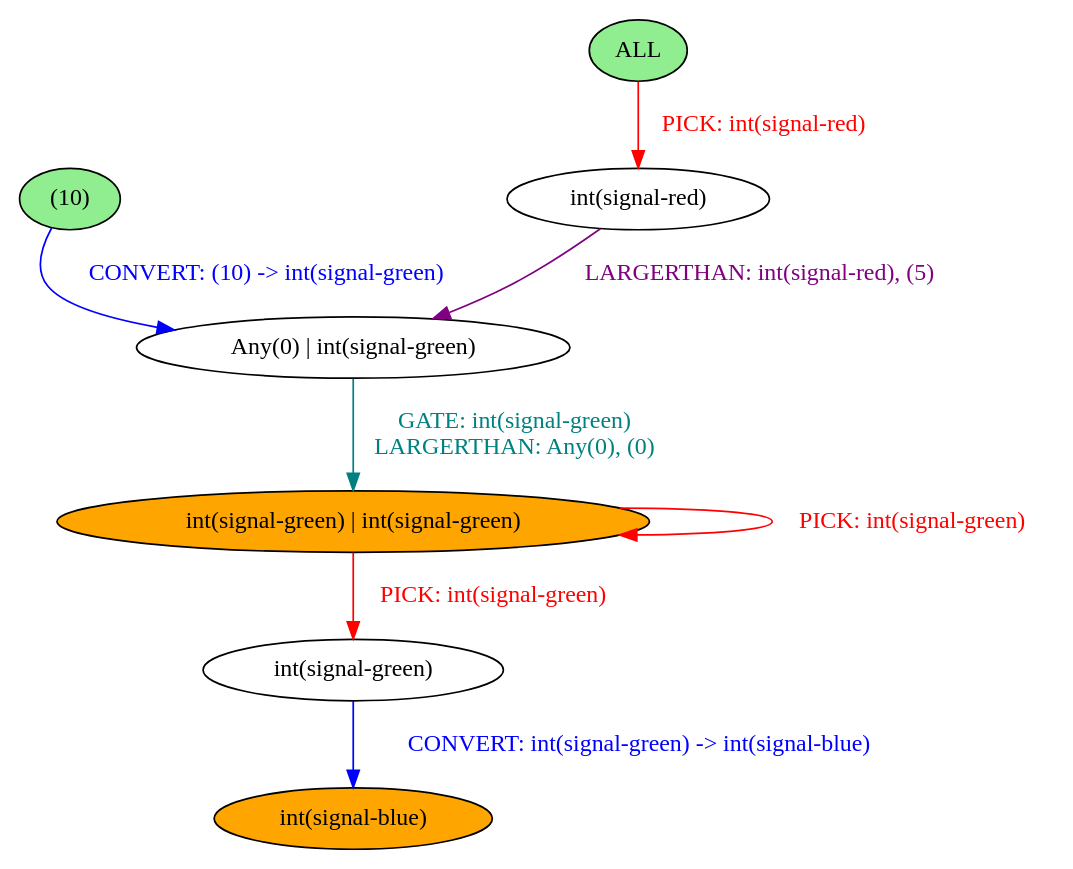
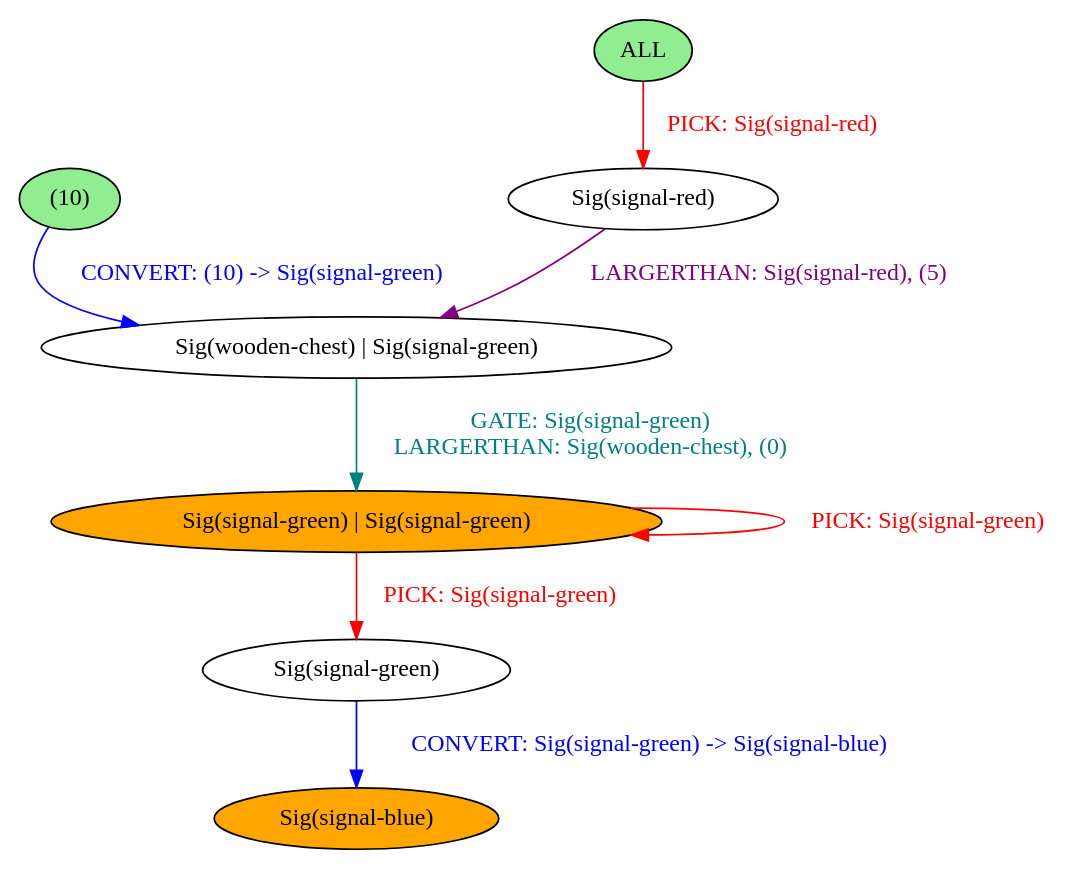
Before and after one commit to BalderHolst/chef: the diagram in chef/example_outputs/when.dot, drawn with Graphviz. The commit also changed other lines of this file and 15 other files, not shown here.

```diff
--- a/chef/example_outputs/when.dot
+++ b/chef/example_outputs/when.dot
@@ -1,18 +1,18 @@
 strict digraph {
 	nodesep=1
-	4	[style=filled fillcolor=white label="int(signal-red)"]
-	7	[style=filled fillcolor=white label="Any(0) | int(signal-green)"]
+	4	[style=filled fillcolor=white label="Sig(signal-red)"]
+	7	[style=filled fillcolor=white label="Sig(wooden-chest) | Sig(signal-green)"]
 	6	[style=filled fillcolor=lightgreen label="(10)"]
-	1	[style=filled fillcolor=orange label="int(signal-green) | int(signal-green)"]
+	1	[style=filled fillcolor=orange label="Sig(signal-green) | Sig(signal-green)"]
 	0	[style=filled fillcolor=lightgreen label="ALL"]
-	9	[style=filled fillcolor=orange label="int(signal-blue)"]
-	8	[style=filled fillcolor=white label="int(signal-green)"]
-	4 -> 7	[label="LARGERTHAN: int(signal-red), (5)" color=purple fontcolor=purple]
-	7 -> 1	[label="GATE: int(signal-green)
-LARGERTHAN: Any(0), (0)" color=teal fontcolor=teal]
-	6 -> 7	[label="CONVERT: (10) -> int(signal-green)" color=blue fontcolor=blue]
-	1 -> 1	[label="PICK: int(signal-green)" color=red fontcolor=red]
-	1 -> 8	[label="PICK: int(signal-green)" color=red fontcolor=red]
-	0 -> 4	[label="PICK: int(signal-red)" color=red fontcolor=red]
-	8 -> 9	[label="CONVERT: int(signal-green) -> int(signal-blue)" color=blue fontcolor=blue]
+	9	[style=filled fillcolor=orange label="Sig(signal-blue)"]
+	8	[style=filled fillcolor=white label="Sig(signal-green)"]
+	4 -> 7	[label="LARGERTHAN: Sig(signal-red), (5)" color=purple fontcolor=purple]
+	7 -> 1	[label="GATE: Sig(signal-green)
+LARGERTHAN: Sig(wooden-chest), (0)" color=teal fontcolor=teal]
+	6 -> 7	[label="CONVERT: (10) -> Sig(signal-green)" color=blue fontcolor=blue]
+	1 -> 1	[label="PICK: Sig(signal-green)" color=red fontcolor=red]
+	1 -> 8	[label="PICK: Sig(signal-green)" color=red fontcolor=red]
+	0 -> 4	[label="PICK: Sig(signal-red)" color=red fontcolor=red]
+	8 -> 9	[label="CONVERT: Sig(signal-green) -> Sig(signal-blue)" color=blue fontcolor=blue]
 }
```
